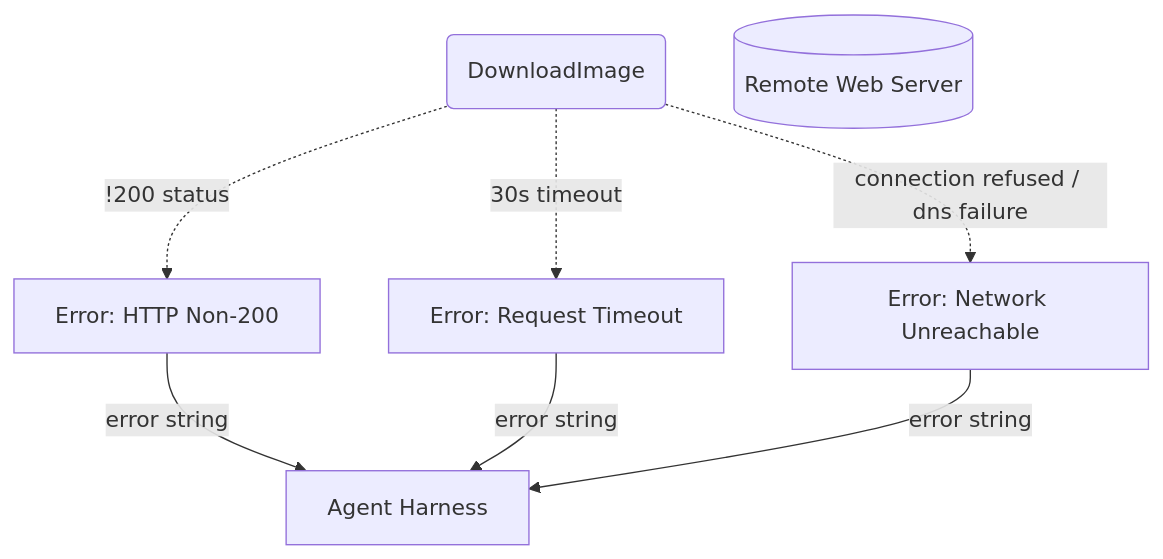
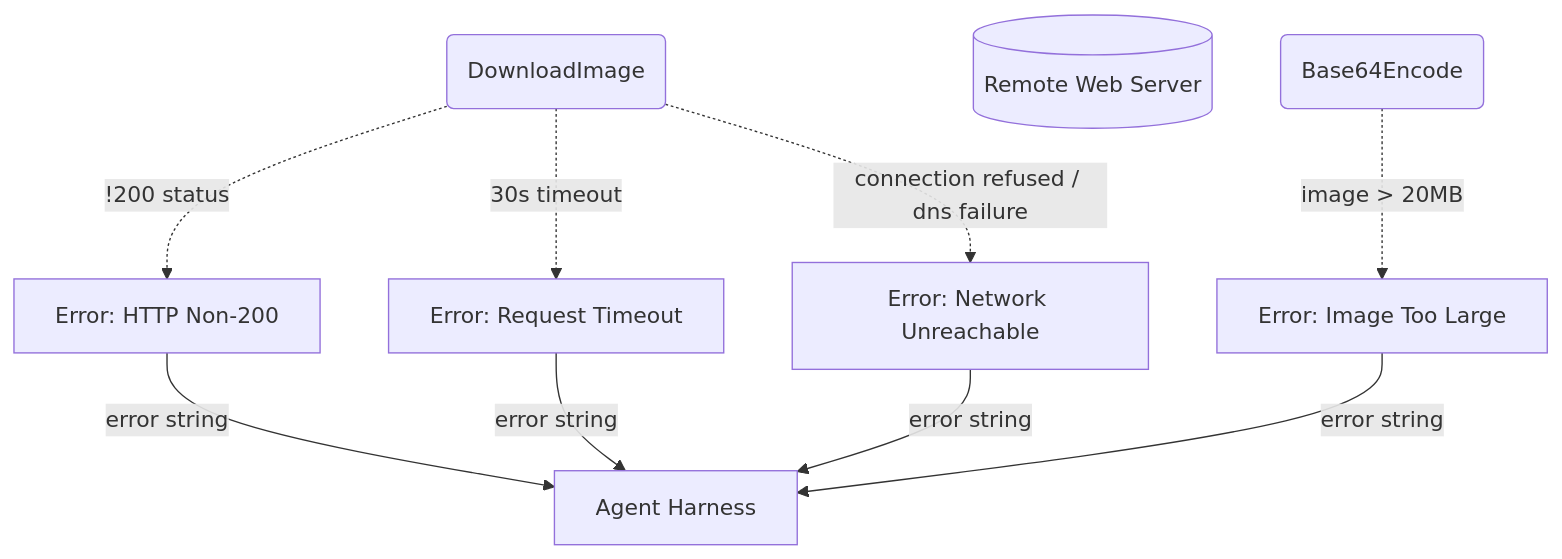
The second of 3 diagrams in _dfds/tools/vision.md (cosmoswafer/rockbot), drawn with Mermaid before and after one commit. The commit also changed other lines of this file and 12 other files, not shown here.

Commit message:
DFD + code: compressed dev flow, vision/attachment DFDs, REST client, Unicode room fallback

````diff
--- a/_dfds/tools/vision.md
+++ b/_dfds/tools/vision.md
@@ -39,16 +48,20 @@
 ```mermaid
 flowchart TD
     HTTP_DL(DownloadImage)
     WEB[(Remote Web Server)]
+    ENCODE(Base64Encode)
     ERR_STATUS[Error: HTTP Non-200]
     ERR_TIMEOUT[Error: Request Timeout]
     ERR_NET[Error: Network Unreachable]
+    ERR_SIZE[Error: Image Too Large]
     AGENT[Agent Harness]
 
     HTTP_DL -.->|"!200 status"| ERR_STATUS
     HTTP_DL -.->|"30s timeout"| ERR_TIMEOUT
     HTTP_DL -.->|"connection refused / dns failure"| ERR_NET
+    ENCODE -.->|"image > 20MB"| ERR_SIZE
     ERR_STATUS -->|"error string"| AGENT
     ERR_TIMEOUT -->|"error string"| AGENT
     ERR_NET -->|"error string"| AGENT
+    ERR_SIZE -->|"error string"| AGENT
 ```
````
